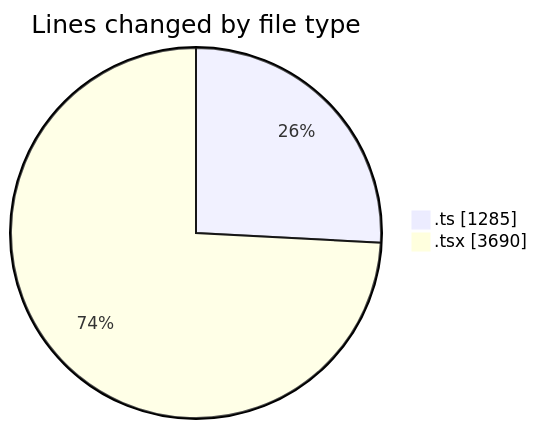
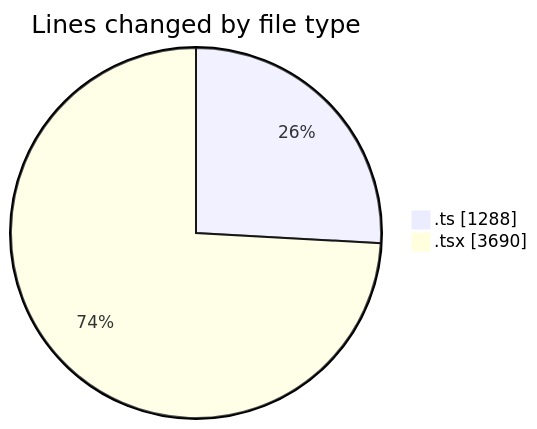
Before and after one commit to nxtqubesakshisongat/code-tracking: the first of 2 diagrams in 2026-05-04/nxtqube_webapp/README.md, drawn with Mermaid. The commit also changed other lines of this file and 1 other file, not shown here.

````diff
--- a/2026-05-04/nxtqube_webapp/README.md
+++ b/2026-05-04/nxtqube_webapp/README.md
@@ -28,6 +28,6 @@
 ```mermaid
 pie showData
 title Lines changed by file type
-".ts" : 1285
+".ts" : 1288
 ".tsx" : 3690
 ```
````
